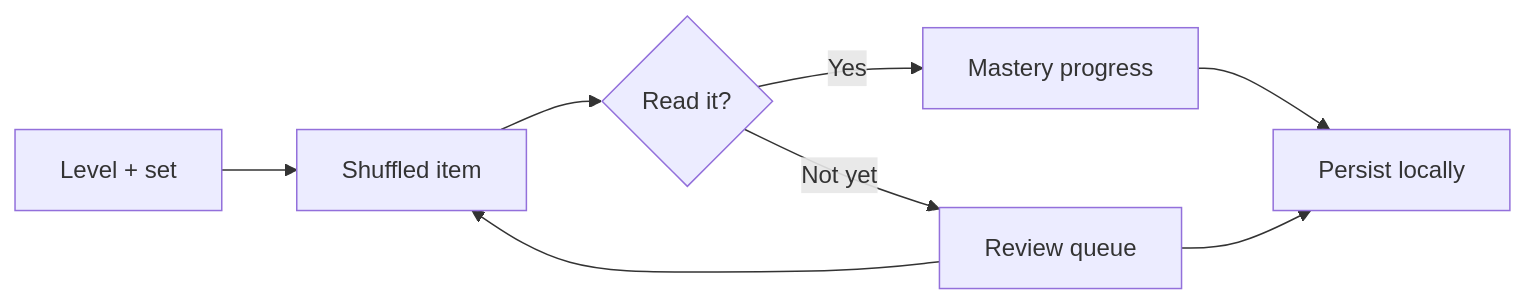
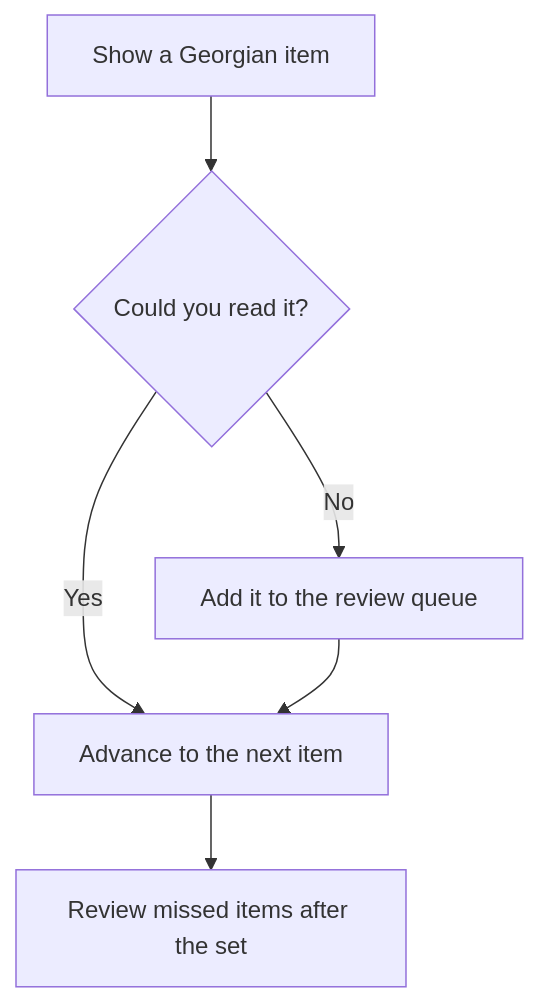
The diagram in README.md (SebastianKristof/kartuliread), drawn with Mermaid before and after one commit. The commit also changed other lines of this file and 1 other file, not shown here.

Commit message:
Document the reading experiment and clarify level position (#3)

````diff
--- a/README.md
+++ b/README.md
@@ -34,10 +13,8 @@
-```mermaid
-flowchart LR
-    A["Level + set"] --> B["Shuffled item"]
-    B --> C{"Read it?"}
-    C -->|Yes| D["Mastery progress"]
-    C -->|Not yet| E["Review queue"]
-    E --> B
-    D --> F["Persist locally"]
-    E --> F
-```
+~~~mermaid
+flowchart TD
+    A["Show a Georgian item"] --> B{"Could you read it?"}
+    B -->|Yes| C["Advance to the next item"]
+    B -->|No| D["Add it to the review queue"]
+    D --> C
+    C --> E["Review missed items after the set"]
+~~~
````
